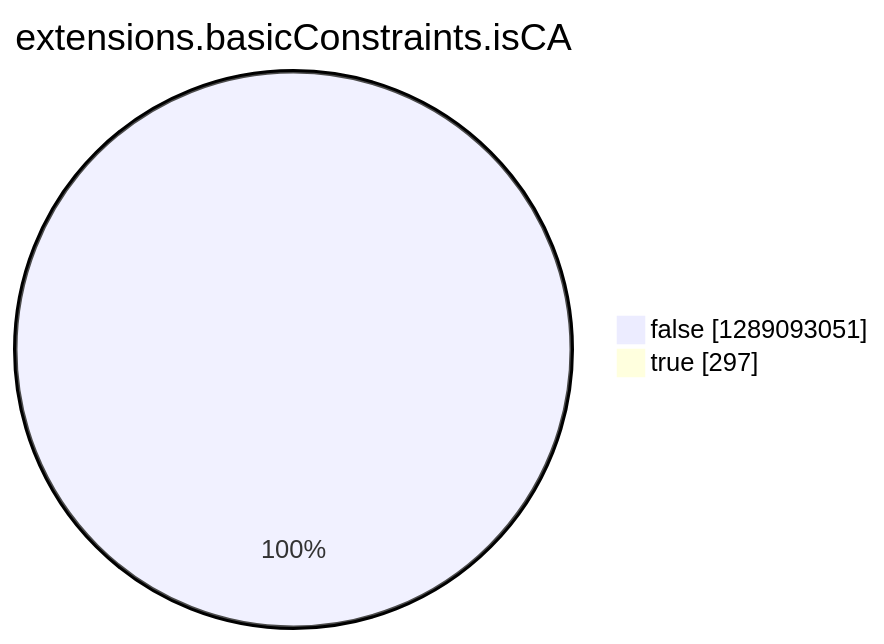
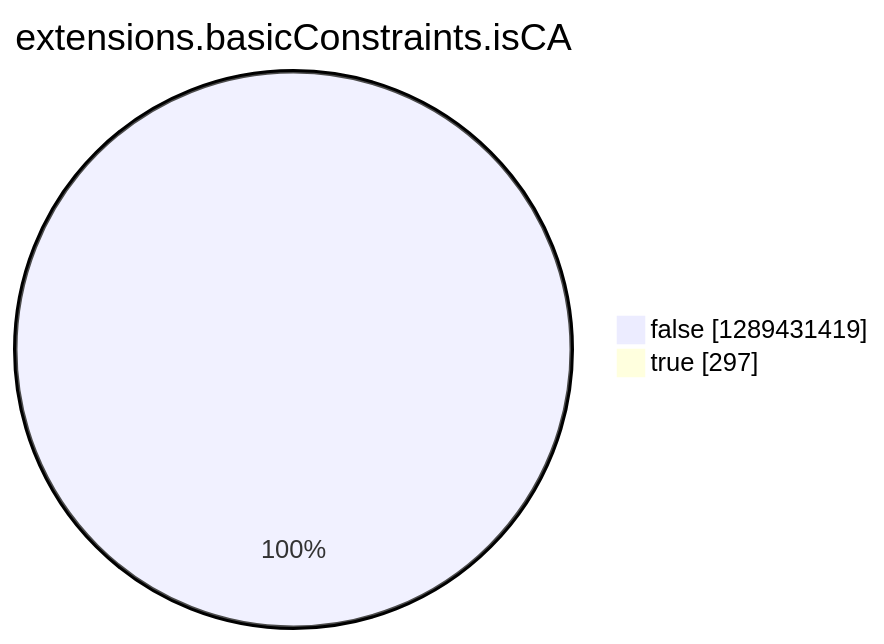
One commit to christiankrug/ctmonitor_visualization changed the eighth of 15 diagrams in argon2022/README.md. Above: the diagram before and after it, drawn with Mermaid. The commit also changed other lines of this file, not shown here.

````diff
--- a/argon2022/README.md
+++ b/argon2022/README.md
@@ -2755,6 +2756,6 @@
 ```mermaid
 pie showData
 title extensions.basicConstraints.isCA
-"false" :1289093051
+"false" :1289431419
 "true" :297
 ```
````
